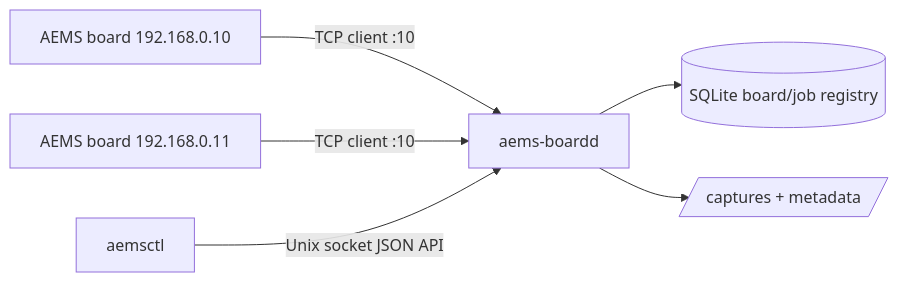
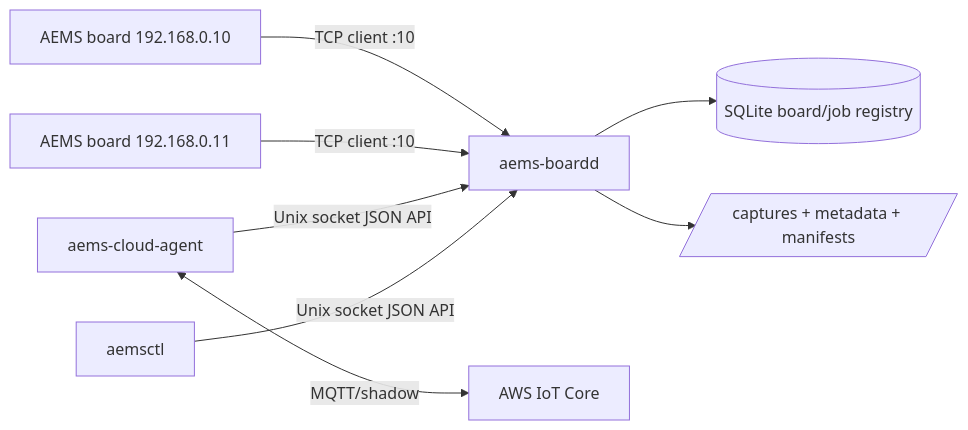
Before and after one commit to vigneshuw/aems: the diagram in BoardInterfaceLibrary/docs/raspberry_pi_server.md, drawn with Mermaid. The commit also changed other lines of this file and 16 other files, not shown here.

````diff
--- a/BoardInterfaceLibrary/docs/raspberry_pi_server.md
+++ b/BoardInterfaceLibrary/docs/raspberry_pi_server.md
@@ -13,8 +13,10 @@
 ```mermaid
 flowchart LR
     B1[AEMS board 192.168.0.10] -->|TCP client :10| D[aems-boardd]
     B2[AEMS board 192.168.0.11] -->|TCP client :10| D
     D --> DB[(SQLite board/job registry)]
-    D --> CAP[/captures + metadata/]
+    D --> CAP[/captures + metadata + manifests/]
+    AG[aems-cloud-agent] -->|Unix socket JSON API| D
+    AG <-->|MQTT/shadow| AWS[AWS IoT Core]
     CLI[aemsctl] -->|Unix socket JSON API| D
 ```
````
